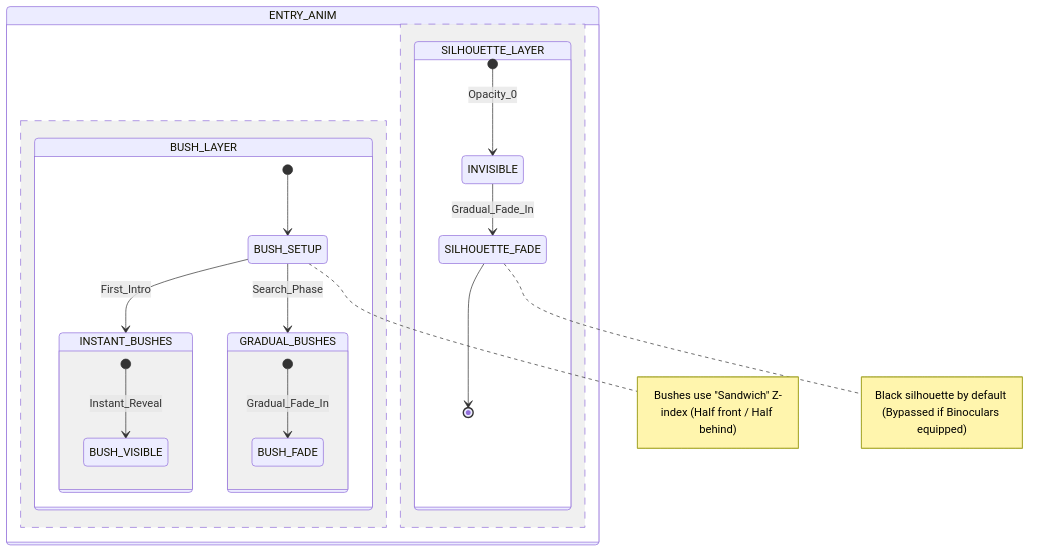
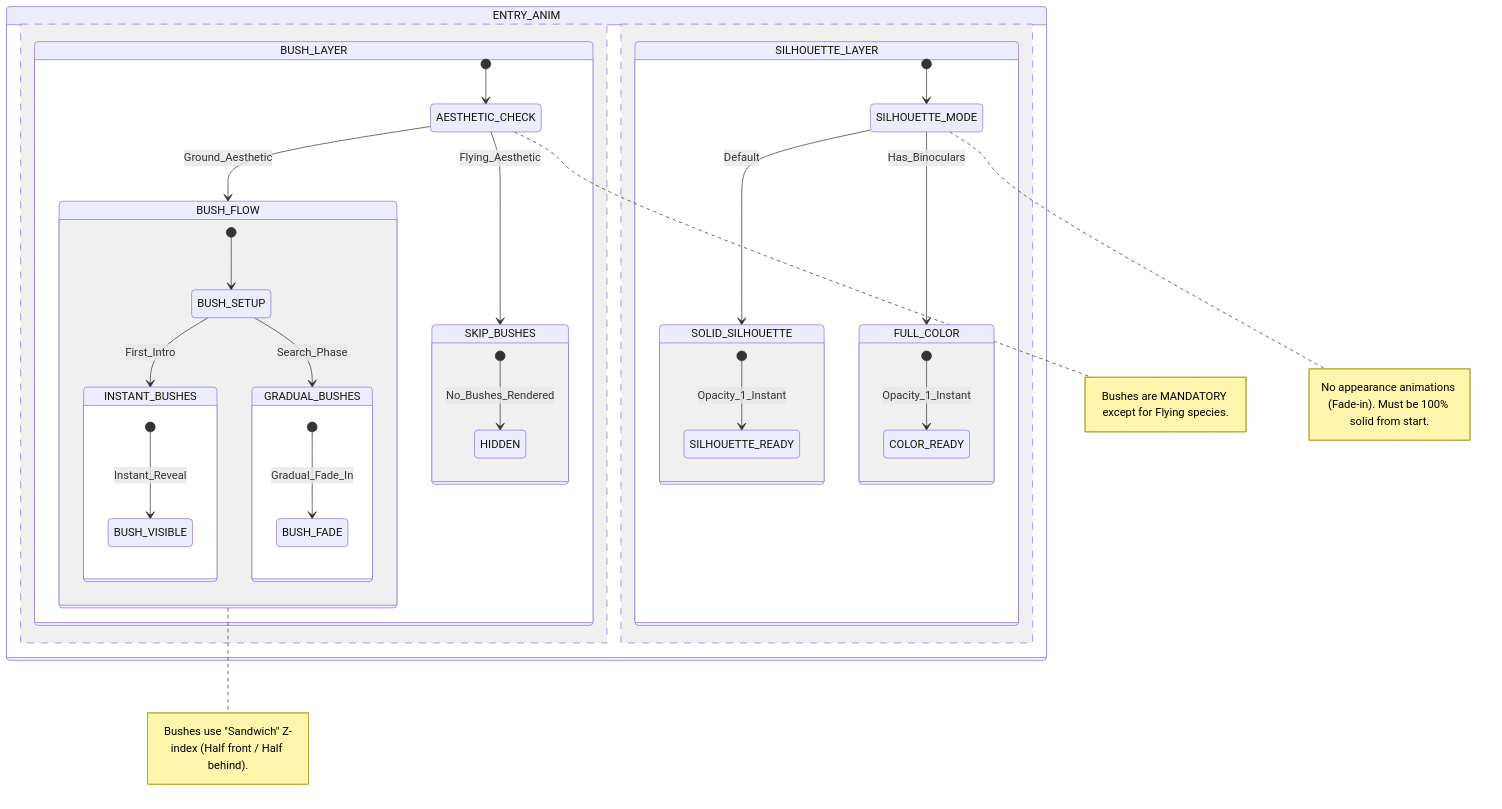
The fifth of 6 diagrams in .agents/skills/project-standards/references/battle_mechanics_manual.md (Darkham77/PokeBorrador), drawn with Mermaid before and after one commit. The commit also changed other lines of this file and 25 other files, not shown here.

````diff
--- a/.agents/skills/project-standards/references/battle_mechanics_manual.md
+++ b/.agents/skills/project-standards/references/battle_mechanics_manual.md
@@ -530,26 +546,45 @@
 ```mermaid
 stateDiagram-v2
     state ENTRY_ANIM {
         state BUSH_LAYER {
-            [*] --> BUSH_SETUP
-            state BUSH_SETUP <<choice>>
-            BUSH_SETUP --> INSTANT_BUSHES: First_Intro
-            BUSH_SETUP --> GRADUAL_BUSHES: Search_Phase
+            [*] --> AESTHETIC_CHECK
+            state AESTHETIC_CHECK <<choice>>
+            AESTHETIC_CHECK --> BUSH_FLOW: Ground_Aesthetic
+            AESTHETIC_CHECK --> SKIP_BUSHES: Flying_Aesthetic
             
-            state INSTANT_BUSHES {
-                [*] --> BUSH_VISIBLE: Instant_Reveal
+            state BUSH_FLOW {
+                [*] --> BUSH_SETUP
+                state BUSH_SETUP <<choice>>
+                BUSH_SETUP --> INSTANT_BUSHES: First_Intro
+                BUSH_SETUP --> GRADUAL_BUSHES: Search_Phase
+                
+                state INSTANT_BUSHES {
+                    [*] --> BUSH_VISIBLE: Instant_Reveal
+                }
+                state GRADUAL_BUSHES {
+                    [*] --> BUSH_FADE: Gradual_Fade_In
+                }
             }
-            state GRADUAL_BUSHES {
-                [*] --> BUSH_FADE: Gradual_Fade_In
+            state SKIP_BUSHES {
+                [*] --> HIDDEN: No_Bushes_Rendered
             }
-            note right of BUSH_SETUP: Bushes use "Sandwich" Z-index (Half front / Half behind)
+            note right of AESTHETIC_CHECK: Bushes are MANDATORY except for Flying species.
+            note right of BUSH_FLOW: Bushes use "Sandwich" Z-index (Half front / Half behind).
         }
         --
         state SILHOUETTE_LAYER {
-            [*] --> INVISIBLE: Opacity_0
-            INVISIBLE --> SILHOUETTE_FADE: Gradual_Fade_In
-            SILHOUETTE_FADE --> [*]
-            note right of SILHOUETTE_FADE: Black silhouette by default (Bypassed if Binoculars equipped)
+            [*] --> SILHOUETTE_MODE
+            state SILHOUETTE_MODE <<choice>>
+            SILHOUETTE_MODE --> SOLID_SILHOUETTE: Default
+            SILHOUETTE_MODE --> FULL_COLOR: Has_Binoculars
+            
+            state SOLID_SILHOUETTE {
+                [*] --> SILHOUETTE_READY: Opacity_1_Instant
+            }
+            state FULL_COLOR {
+                [*] --> COLOR_READY: Opacity_1_Instant
+            }
+            note right of SILHOUETTE_MODE: No appearance animations (Fade-in). Must be 100% solid from start.
         }
     }
 ```
````
